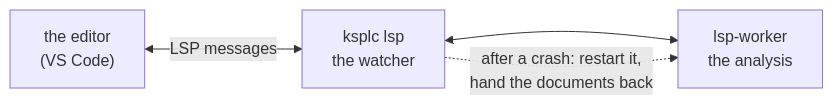
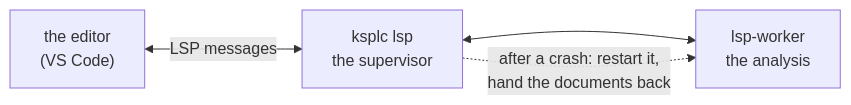
The diagram in ksplc/docs/SPEC-tools.md (kansosystem-org/kspl-experimental), drawn with Mermaid before and after one commit. The commit also changed other lines of this file and 310 other files, not shown here.

````diff
--- a/ksplc/docs/SPEC-tools.md
+++ b/ksplc/docs/SPEC-tools.md
@@ -798,6 +769,6 @@
 ```mermaid
 flowchart LR
-    ED["the editor<br/>(VS Code)"] <-->|"LSP messages"| FRONT["ksplc lsp<br/>the watcher"]
+    ED["the editor<br/>(VS Code)"] <-->|"LSP messages"| FRONT["ksplc lsp<br/>the supervisor"]
     FRONT <--> W["lsp-worker<br/>the analysis"]
     FRONT -.->|"after a crash: restart it,<br/>hand the documents back"| W
 ```
````
